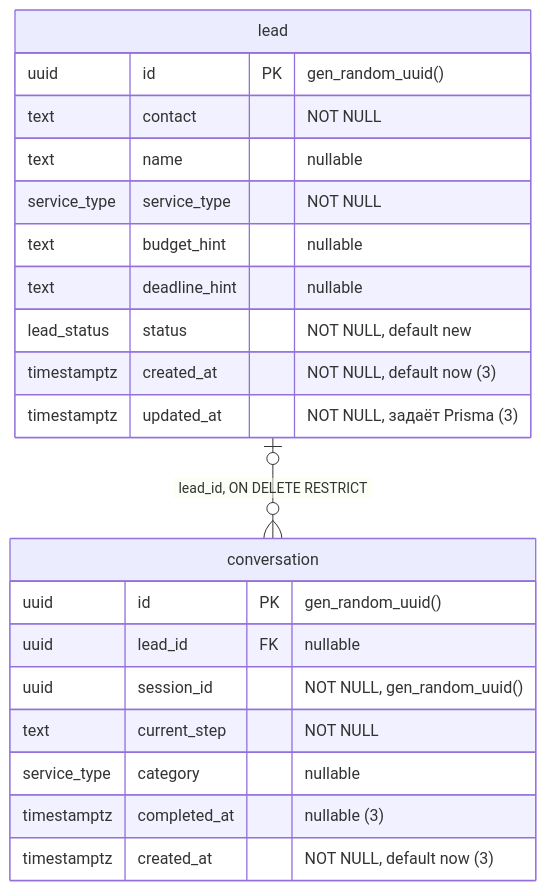
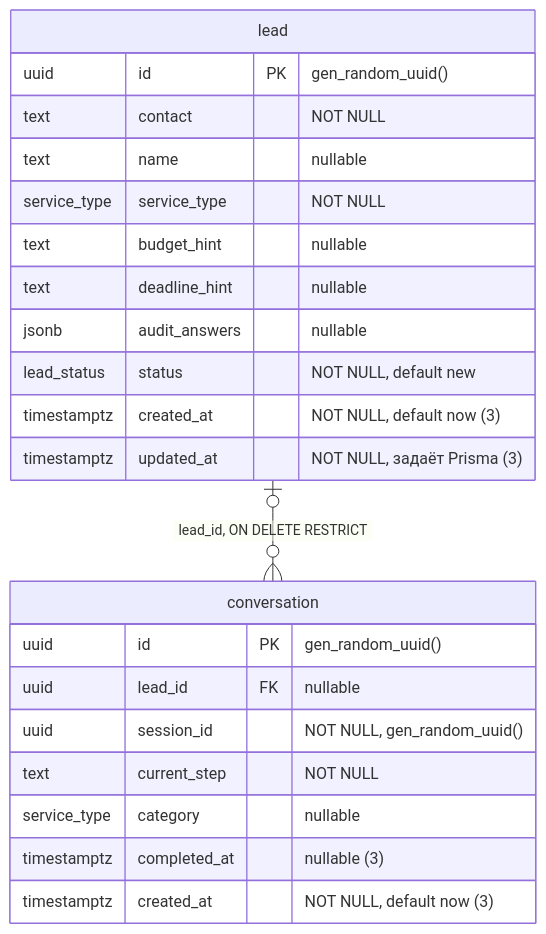
The first of 2 diagrams in docs/database.md (palmiralab/palmira-lab), drawn with Mermaid before and after one commit. The commit also changed other lines of this file and 3 other files, not shown here.

Commit message:
feat: колонка lead.audit_answers (JSON) для ответов анкеты аудита, миграция, тест, ER-схема

````diff
--- a/docs/database.md
+++ b/docs/database.md
@@ -12,25 +12,26 @@
 ```mermaid
 erDiagram
     lead |o--o{ conversation : "lead_id, ON DELETE RESTRICT"
 
     lead {
         uuid id PK "gen_random_uuid()"
         text contact "NOT NULL"
         text name "nullable"
         service_type service_type "NOT NULL"
         text budget_hint "nullable"
         text deadline_hint "nullable"
+        jsonb audit_answers "nullable"
         lead_status status "NOT NULL, default new"
         timestamptz created_at "NOT NULL, default now (3)"
         timestamptz updated_at "NOT NULL, задаёт Prisma (3)"
     }
     conversation {
         uuid id PK "gen_random_uuid()"
         uuid lead_id FK "nullable"
         uuid session_id "NOT NULL, gen_random_uuid()"
         text current_step "NOT NULL"
         service_type category "nullable"
         timestamptz completed_at "nullable (3)"
         timestamptz created_at "NOT NULL, default now (3)"
     }
 ```
````
